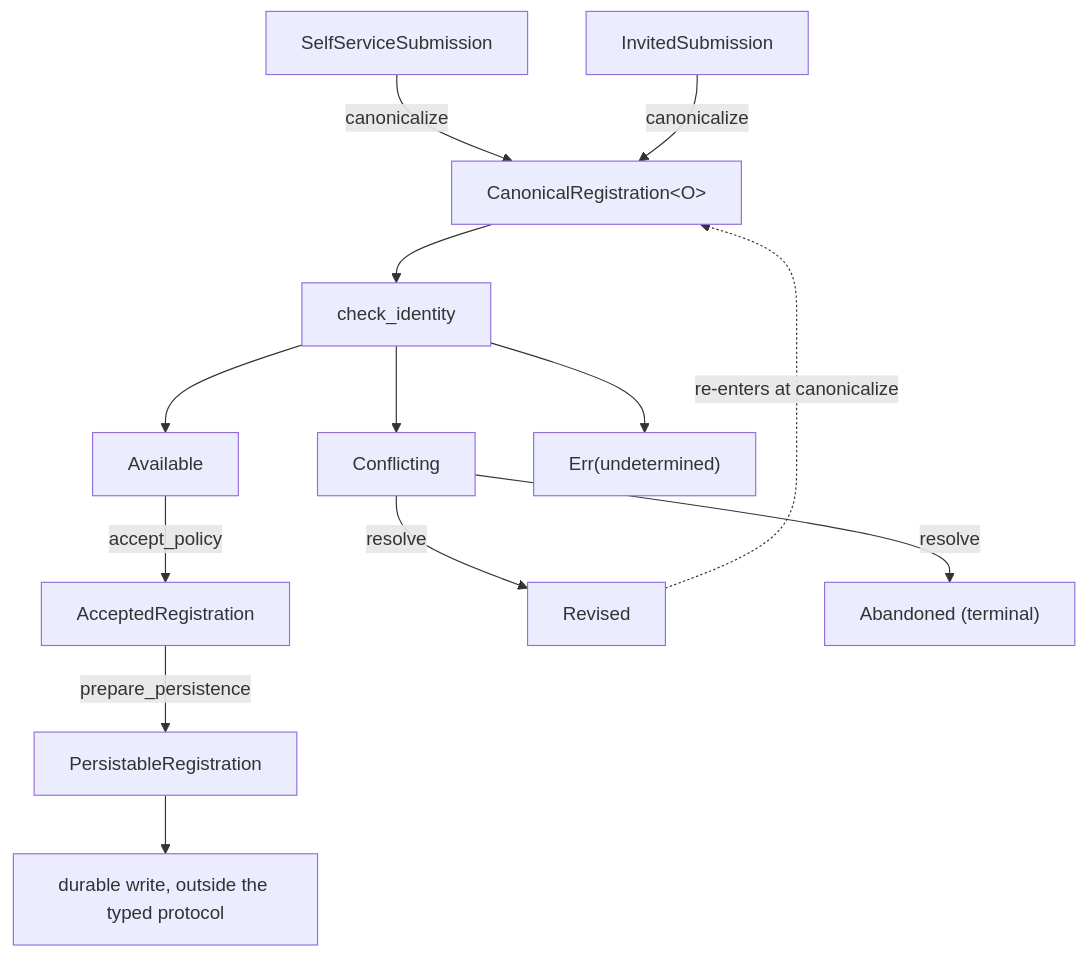
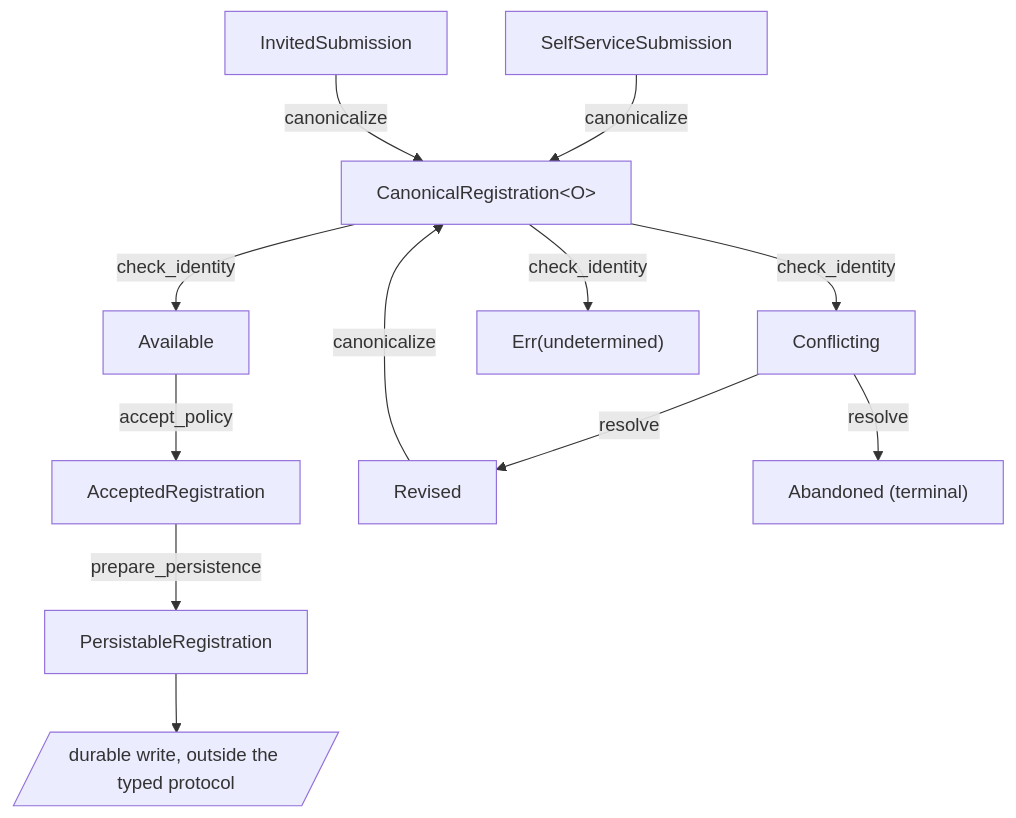
The diagram in case-studies/registration-onboarding/improved.md (fluminis-scientiae-oraculum/doctrines-rust), drawn with Mermaid before and after one commit. The commit also changed other lines of this file and 29 other files, not shown here.

````diff
--- a/case-studies/registration-onboarding/improved.md
+++ b/case-studies/registration-onboarding/improved.md
@@ -5,15 +5,14 @@
 ```mermaid
 flowchart TD
     self[SelfServiceSubmission] -->|canonicalize| canonical["CanonicalRegistration&lt;O&gt;"]
     invited[InvitedSubmission] -->|canonicalize| canonical
-    canonical --> check[check_identity]
-    check --> available[Available]
-    check --> conflicting[Conflicting]
-    check --> undetermined["Err(undetermined)"]
+    canonical -->|check_identity| available[Available]
+    canonical -->|check_identity| conflicting[Conflicting]
+    canonical -->|check_identity| undetermined["Err(undetermined)"]
     available -->|accept_policy| accepted[AcceptedRegistration]
     accepted -->|prepare_persistence| persistable[PersistableRegistration]
-    persistable --> durable["durable write, outside the typed protocol"]
+    persistable --> durable[/"durable write, outside the typed protocol"/]
     conflicting -->|resolve| revised[Revised]
     conflicting -->|resolve| abandoned["Abandoned (terminal)"]
-    revised -.->|re-enters at canonicalize| canonical
+    revised -->|canonicalize| canonical
 ```
````
